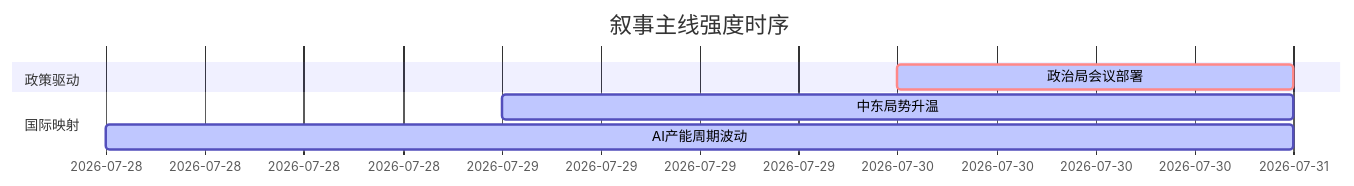
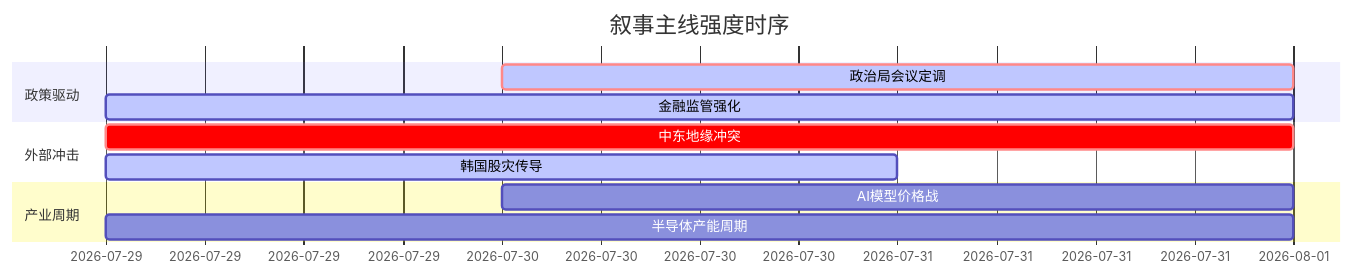
The diagram in 5day_report.md (uu5zn/uu5zn.github.io), drawn with Mermaid before and after one commit. The commit also changed other lines of this file and 20 other files, not shown here.

````diff
--- a/5day_report.md
+++ b/5day_report.md
@@ -54,11 +58,16 @@
 ```mermaid
 gantt
     title 叙事主线强度时序
-    dateFormat  YYYY-MM-DD
+    dateFormat YYYY-MM-DD
     section 政策驱动
-    政治局会议部署   :crit, active, 2026-07-30, 1d
+    政治局会议定调   :crit, active, 2026-07-30, 2d
+    金融监管强化     :active, 2026-07-29, 3d
     
-    section 国际映射
-    中东局势升温     :active, 2026-07-29, 2d
-    AI产能周期波动   :active, 2026-07-28, 3d
+    section 外部冲击
+    中东地缘冲突     :crit, 2026-07-29, 3d
+    韩国股灾传导     :active, 2026-07-29, 2d
+    
+    section 产业周期
+    AI模型价格战     :2026-07-30, 2d
+    半导体产能周期   :2026-07-29, 3d
 ```
````
